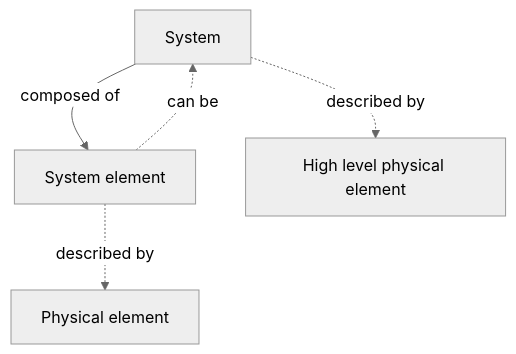
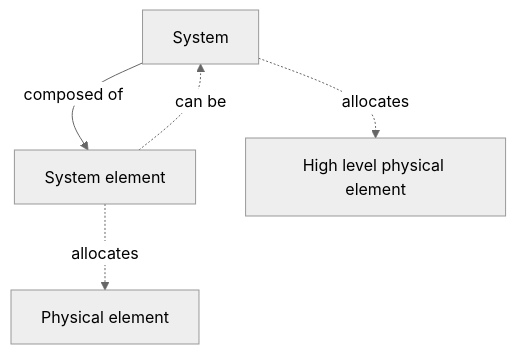
The third of 3 diagrams in glossary.md (3se-framework/3se-onto), drawn with Mermaid (neutral theme) before and after one commit. The commit also changed other lines of this file, not shown here.

````diff
--- a/glossary.md
+++ b/glossary.md
@@ -2043,12 +2043,12 @@
 ```mermaid
 flowchart TD
     N1["System"]
     N2["System element"]
     N3["High level physical element"]
     N4["Physical element"]
 
     N1 -->|composed of| N2
-    N1 -.->|described by| N3
-    N2 -.->|described by| N4
+    N1 -.->|allocates| N3
+    N2 -.->|allocates| N4
     N2 -.->|can be| N1
 ```
````
